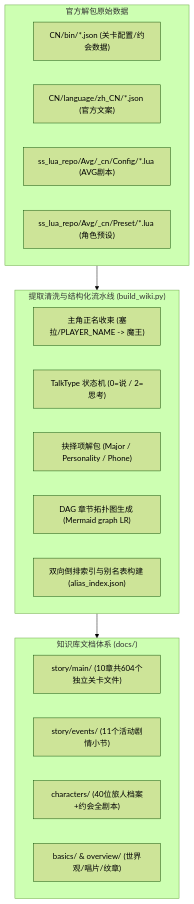
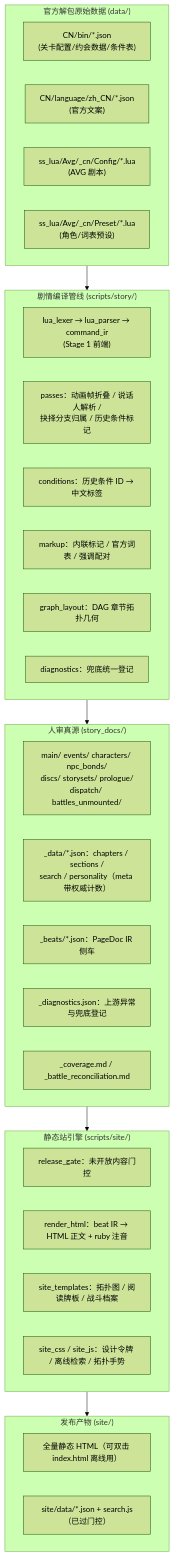
The diagram in _dev/OPERATION_MANUAL.md (419bw/stellasora-archive), drawn with Mermaid (forest theme) before and after one commit. The commit also changed other lines of this file and 2 other files, not shown here.

````diff
--- a/_dev/OPERATION_MANUAL.md
+++ b/_dev/OPERATION_MANUAL.md
@@ -36,27 +39,43 @@
 ```mermaid
 flowchart TD
-    subgraph DataSources["官方解包原始数据"]
-        A1["CN/bin/*.json (关卡配置/约会数据)"]
-        A2["CN/language/zh_CN/*.json (官方文案)"]
-        A3["ss_lua_repo/Avg/_cn/Config/*.lua (AVG剧本)"]
-        A4["ss_lua_repo/Avg/_cn/Preset/*.lua (角色预设)"]
+    subgraph DataSources["官方解包原始数据 (data/)"]
+        A1["CN/bin/*.json<br/>(关卡配置/约会数据/条件表)"]
+        A2["CN/language/zh_CN/*.json<br/>(官方文案)"]
+        A3["ss_lua/Avg/_cn/Config/*.lua<br/>(AVG 剧本)"]
+        A4["ss_lua/Avg/_cn/Preset/*.lua<br/>(角色/词表预设)"]
     end
 
-    subgraph Pipeline["提取清洗与结构化流水线 (build_wiki.py)"]
-        B1["主角正名收束 (塞拉/PLAYER_NAME -> 魔王)"]
-        B2["TalkType 状态机 (0=说 / 2=思考)"]
-        B3["抉择项解包 (Major / Personality / Phone)"]
-        B4["DAG 章节拓扑图生成 (Mermaid graph LR)"]
-        B5["双向倒排索引与别名表构建 (alias_index.json)"]
+    subgraph StoryPipeline["剧情编译管线 (scripts/story/)"]
+        B1["lua_lexer → lua_parser → command_ir<br/>(Stage 1 前端)"]
+        B2["passes：动画帧折叠 / 说话人解析 /<br/>抉择分支归属 / 历史条件标记"]
+        B3["conditions：历史条件 ID → 中文标签"]
+        B4["markup：内联标记 / 官方词表 / 强调配对"]
+        B5["graph_layout：DAG 章节拓扑几何"]
+        B6["diagnostics：兜底统一登记"]
     end
 
-    subgraph Output["知识库文档体系 (docs/)"]
-        C1["story/main/ (10章共604个独立关卡文件)"]
-        C2["story/events/ (11个活动剧情小节)"]
-        C3["characters/ (40位旅人档案+约会全剧本)"]
-        C4["basics/ & overview/ (世界观/唱片/纹章)"]
+    subgraph StoryDocs["人审真源 (story_docs/)"]
+        C1["main/ events/ characters/ npc_bonds/<br/>discs/ storysets/ prologue/<br/>dispatch/ battles_unmounted/"]
+        C2["_data/*.json：chapters / sections /<br/>search / personality（meta 带权威计数）"]
+        C3["_beats/*.json：PageDoc IR 侧车"]
+        C4["_diagnostics.json：上游异常与兜底登记"]
+        C5["_coverage.md / _battle_reconciliation.md"]
     end
 
-    DataSources --> Pipeline
-    Pipeline --> Output
+    subgraph SitePipeline["静态站引擎 (scripts/site/)"]
+        D1["release_gate：未开放内容门控"]
+        D2["render_html：beat IR → HTML 正文 + ruby 注音"]
+        D3["site_templates：拓扑图 / 阅读牌板 / 战斗档案"]
+        D4["site_css / site_js：设计令牌 / 离线检索 / 拓扑手势"]
+    end
+
+    subgraph Output["发布产物 (site/)"]
+        E1["全量静态 HTML（可双击 index.html 离线用）"]
+        E2["site/data/*.json + search.js（已过门控）"]
+    end
+
+    DataSources --> StoryPipeline
+    StoryPipeline --> StoryDocs
+    StoryDocs --> SitePipeline
+    SitePipeline --> Output
 ```
````
